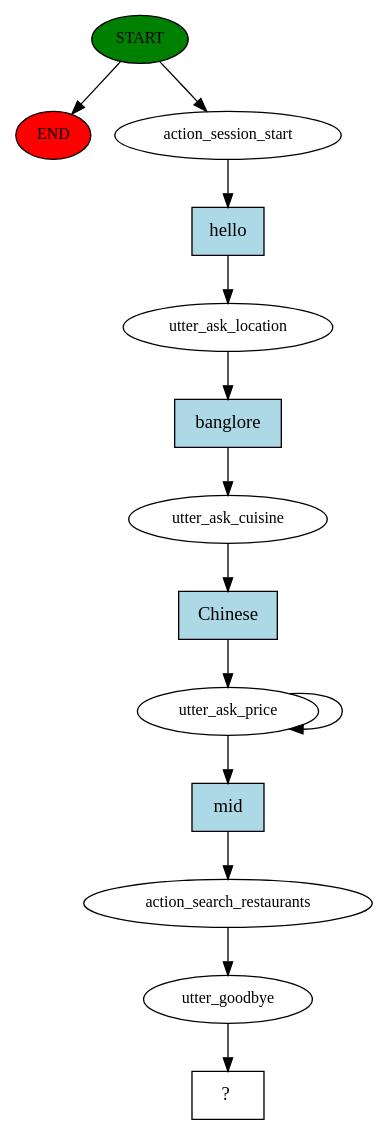
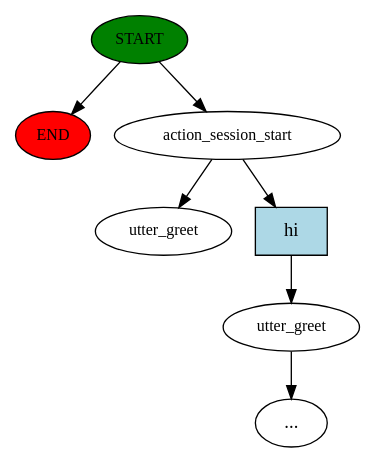
Before and after one commit to jagadeesh-gajula/Foodie-Chatbot: the diagram in story_graph.dot, drawn with Graphviz. The commit also changed 17 other files, not shown here.

```diff
--- a/story_graph.dot
+++ b/story_graph.dot
@@ -1,28 +1,15 @@
 digraph  {
 0 [class="start active", fillcolor=green, fontsize=12, label=START, style=filled];
 "-1" [class=end, fillcolor=red, fontsize=12, label=END, style=filled];
 1 [class=active, fontsize=12, label=action_session_start];
-2 [class=active, fontsize=12, label=utter_ask_location];
-3 [class=active, fontsize=12, label=utter_ask_cuisine];
-4 [class=active, fontsize=12, label=utter_ask_price];
-6 [class=active, fontsize=12, label=action_search_restaurants];
-7 [class=active, fontsize=12, label=utter_goodbye];
-8 [class="intent dashed active", label="  ?  ", shape=rect];
-9 [class="intent active", fillcolor=lightblue, label=hello, shape=rect, style=filled];
-10 [class="intent active", fillcolor=lightblue, label=banglore, shape=rect, style=filled];
-11 [class="intent active", fillcolor=lightblue, label=Chinese, shape=rect, style=filled];
-12 [class="intent active", fillcolor=lightblue, label=mid, shape=rect, style=filled];
+2 [class="", fontsize=12, label=utter_greet];
+"-3" [class=ellipsis, label="..."];
+4 [class="dashed active", fontsize=12, label=utter_greet];
+5 [class=intent, fillcolor=lightblue, label=hi, shape=rect, style=filled];
 0 -> "-1"  [class="", key=NONE, label=""];
 0 -> 1  [class=active, key=NONE, label=""];
-1 -> 9  [class=active, key=0];
-2 -> 10  [class=active, key=0];
-3 -> 11  [class=active, key=0];
-4 -> 4  [class=active, key=NONE, label=""];
-4 -> 12  [class=active, key=0];
-6 -> 7  [class=active, key=NONE, label=""];
-7 -> 8  [class=active, key=NONE, label=""];
-9 -> 2  [class=active, key=0];
-10 -> 3  [class=active, key=0];
-11 -> 4  [class=active, key=0];
-12 -> 6  [class=active, key=0];
+1 -> 4  [class=active, key=NONE, label=""];
+1 -> 5  [class="", key=0];
+2 -> "-3"  [class="", key=NONE, label=""];
+5 -> 2  [class="", key=0];
 }
```
